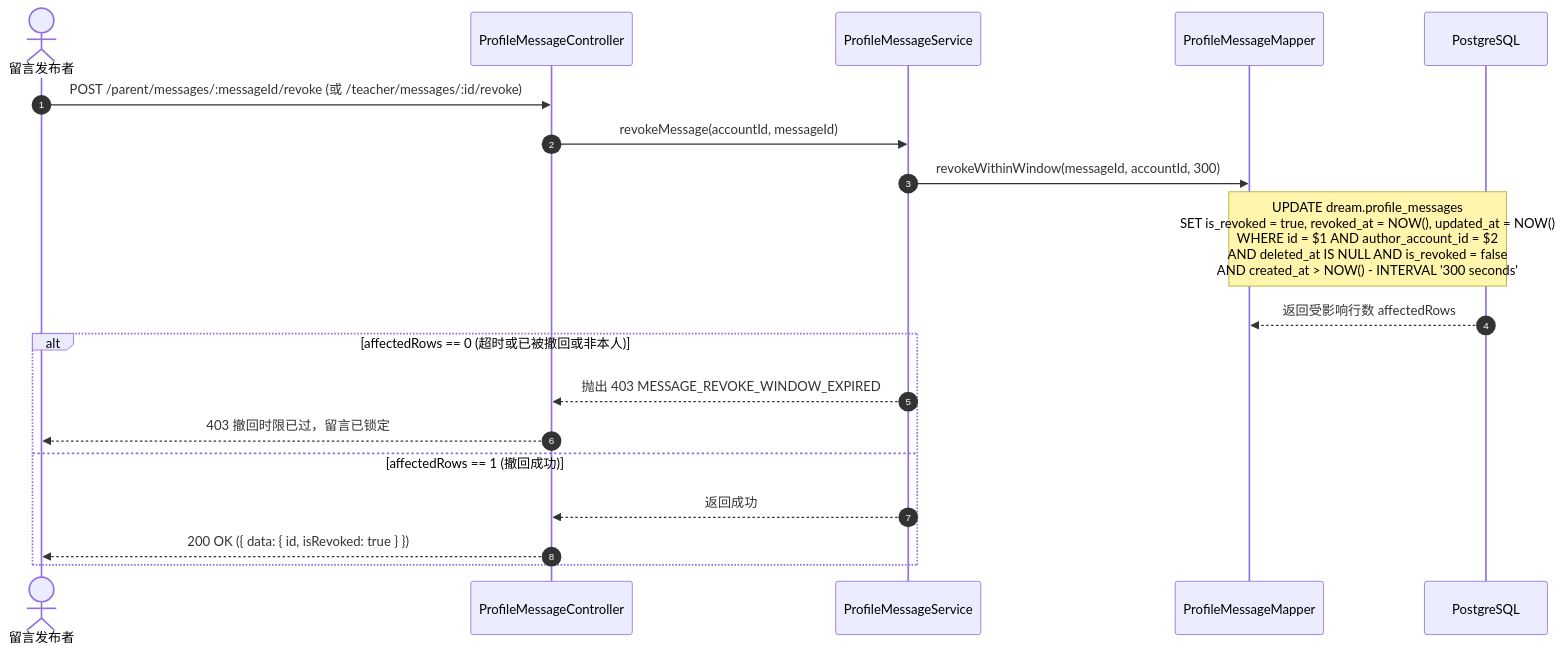
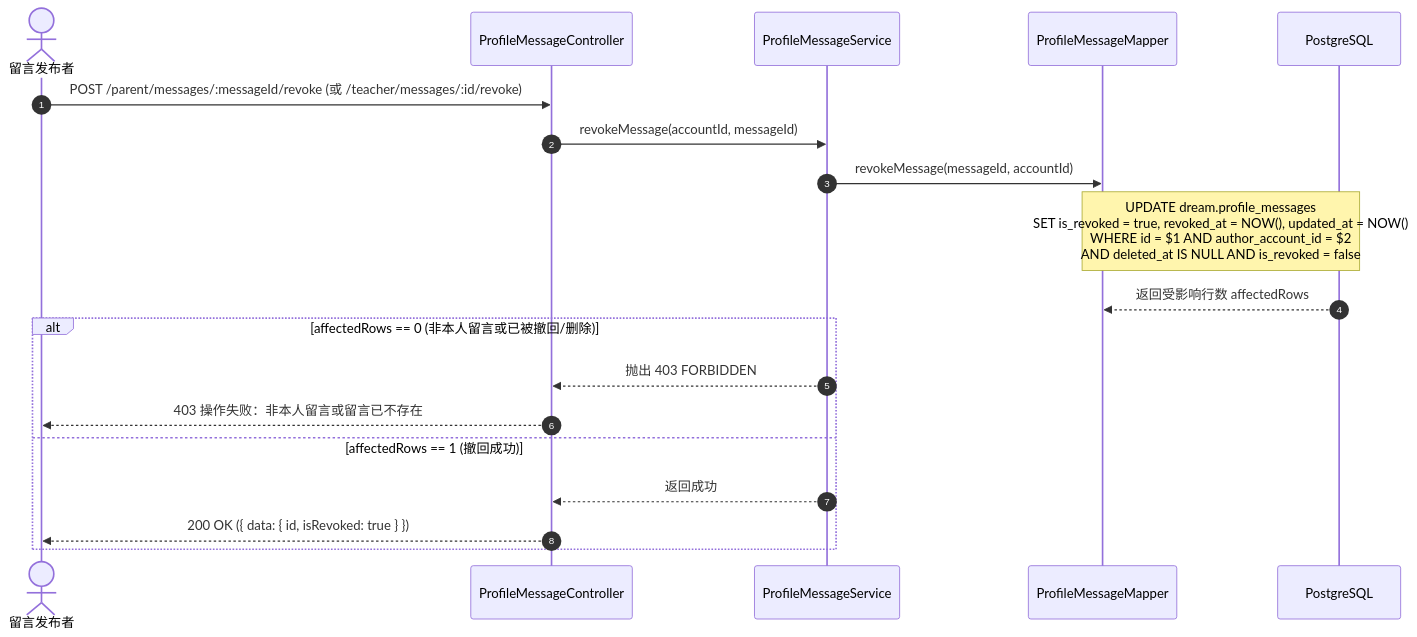
One commit to Onezao/dream changed the second of 2 diagrams in docs/tdd/m1d_profile_messages.md. Above: the diagram before and after it, drawn with Mermaid. The commit also changed other lines of this file and 37 other files, not shown here.

````diff
--- a/docs/tdd/m1d_profile_messages.md
+++ b/docs/tdd/m1d_profile_messages.md
@@ -87,23 +87,23 @@
 ```mermaid
 sequenceDiagram
     autonumber
     actor Author as 留言发布者
     participant C as ProfileMessageController
     participant S as ProfileMessageService
     participant M as ProfileMessageMapper
     participant DB as PostgreSQL
 
     Author->>C: POST /parent/messages/:messageId/revoke (或 /teacher/messages/:id/revoke)
     C->>S: revokeMessage(accountId, messageId)
-    S->>M: revokeWithinWindow(messageId, accountId, 300)
-    Note over M,DB: UPDATE dream.profile_messages<br/>SET is_revoked = true, revoked_at = NOW(), updated_at = NOW()<br/>WHERE id = $1 AND author_account_id = $2<br/>AND deleted_at IS NULL AND is_revoked = false<br/>AND created_at > NOW() - INTERVAL '300 seconds'
+    S->>M: revokeMessage(messageId, accountId)
+    Note over M,DB: UPDATE dream.profile_messages<br/>SET is_revoked = true, revoked_at = NOW(), updated_at = NOW()<br/>WHERE id = $1 AND author_account_id = $2<br/>AND deleted_at IS NULL AND is_revoked = false
     
     DB-->>M: 返回受影响行数 affectedRows
-    alt affectedRows == 0 (超时或已被撤回或非本人)
-        S-->>C: 抛出 403 MESSAGE_REVOKE_WINDOW_EXPIRED
-        C-->>Author: 403 撤回时限已过，留言已锁定
+    alt affectedRows == 0 (非本人留言或已被撤回/删除)
+        S-->>C: 抛出 403 FORBIDDEN
+        C-->>Author: 403 操作失败：非本人留言或留言已不存在
     else affectedRows == 1 (撤回成功)
         S-->>C: 返回成功
         C-->>Author: 200 OK ({ data: { id, isRevoked: true } })
     end
 ```
````
